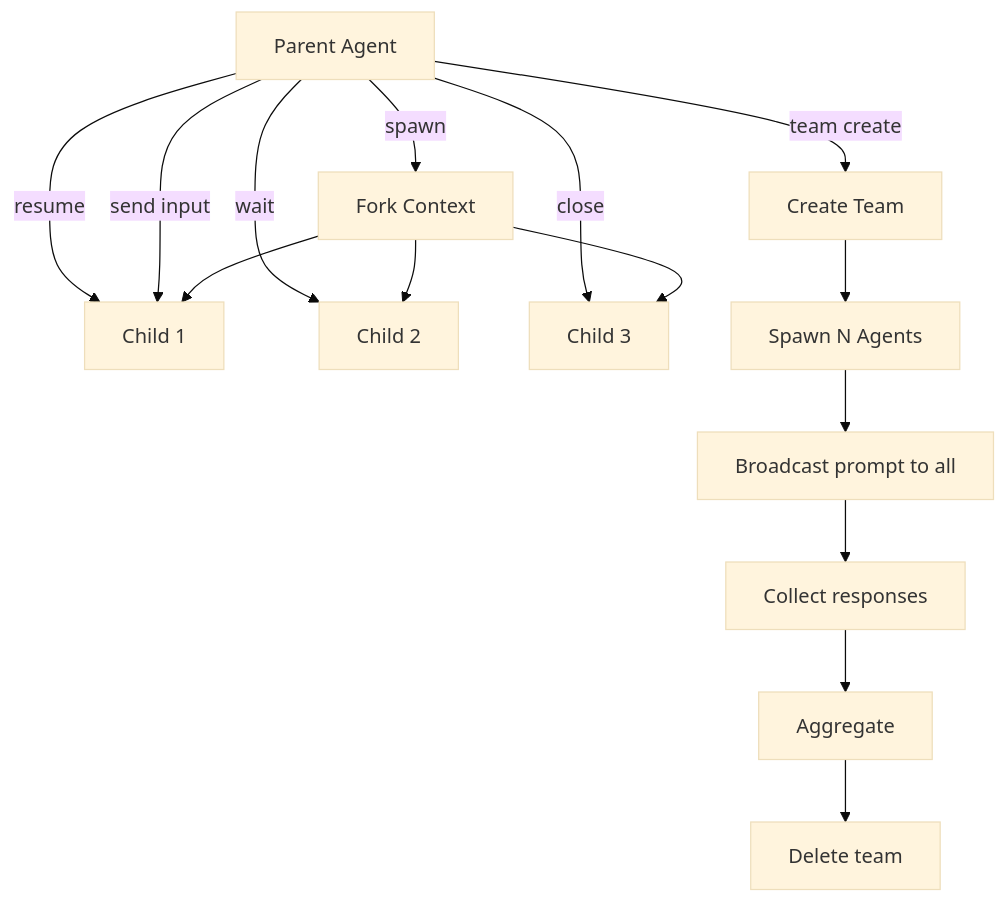
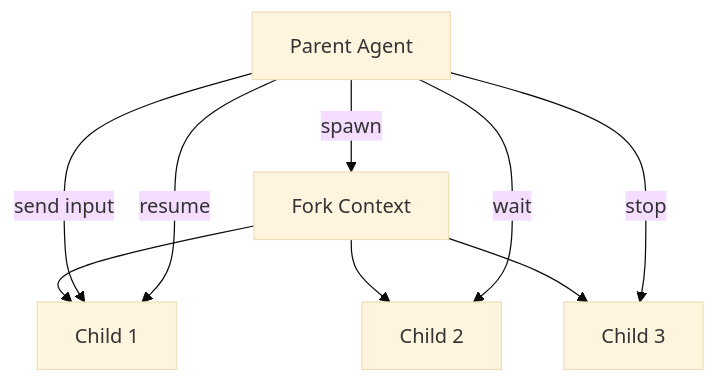
One commit to leshchenko1979/opencrabs changed the sixth of 16 diagrams in src/eval/fixtures/track_b_corpus.md. Above: the diagram before and after it, drawn with Mermaid (base theme). The commit also changed other lines of this file and 33 other files, not shown here.

````diff
--- a/src/eval/fixtures/track_b_corpus.md
+++ b/src/eval/fixtures/track_b_corpus.md
@@ -621,17 +621,11 @@
 ```mermaid
 flowchart TD
     PARENT[Parent Agent] --> |spawn|FORK[Fork Context]
     FORK --> C1[Child 1]
     FORK --> C2[Child 2]
     FORK --> C3[Child 3]
     PARENT --> |send input|C1
     PARENT --> |wait|C2
-    PARENT --> |close|C3
+    PARENT --> |stop|C3
     PARENT --> |resume|C1
-    PARENT --> |team create|TEAM[Create Team]
-    TEAM --> SPAWNN[Spawn N Agents]
-    SPAWNN --> BCAST[Broadcast prompt to all]
-    BCAST --> COLLECT[Collect responses]
-    COLLECT --> AGG[Aggregate]
-    AGG --> DELETE[Delete team]
 ```
````
